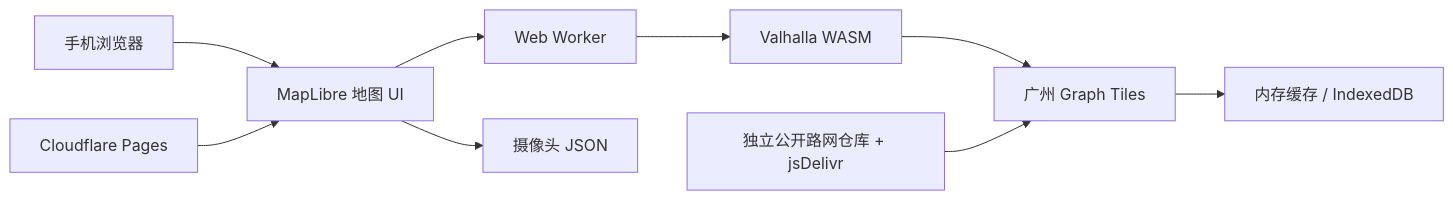
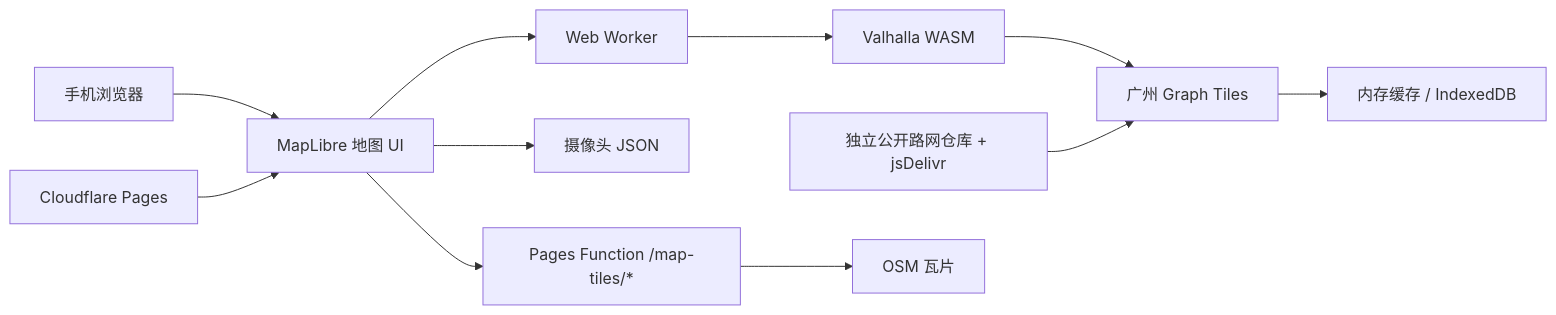
The first of 2 diagrams in README.md (The-V-Factor/PeiXiu), drawn with Mermaid before and after one commit. The commit also changed other lines of this file and 8 other files, not shown here.

First line of the commit message:
codex: add same-origin Pages Function (#41)

````diff
--- a/README.md
+++ b/README.md
@@ -64,11 +65,13 @@
 ```mermaid
 flowchart LR
     A[手机浏览器] --> B[MapLibre 地图 UI]
     B --> C[Web Worker]
     C --> D[Valhalla WASM]
     D --> E[广州 Graph Tiles]
     B --> F[摄像头 JSON]
     E --> G[内存缓存 / IndexedDB]
     H[独立公开路网仓库 + jsDelivr] --> E
     I[Cloudflare Pages] --> B
+    B --> J[Pages Function /map-tiles/*]
+    J --> K[OSM 瓦片]
 ```
````
